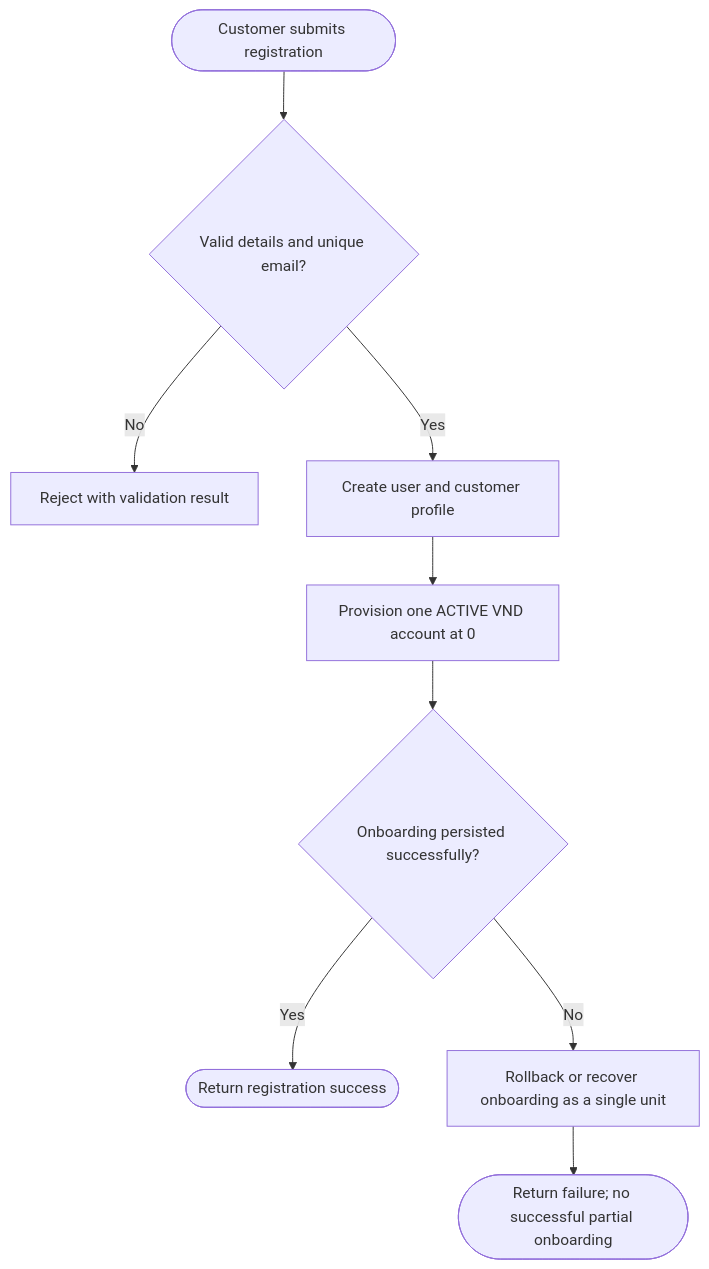
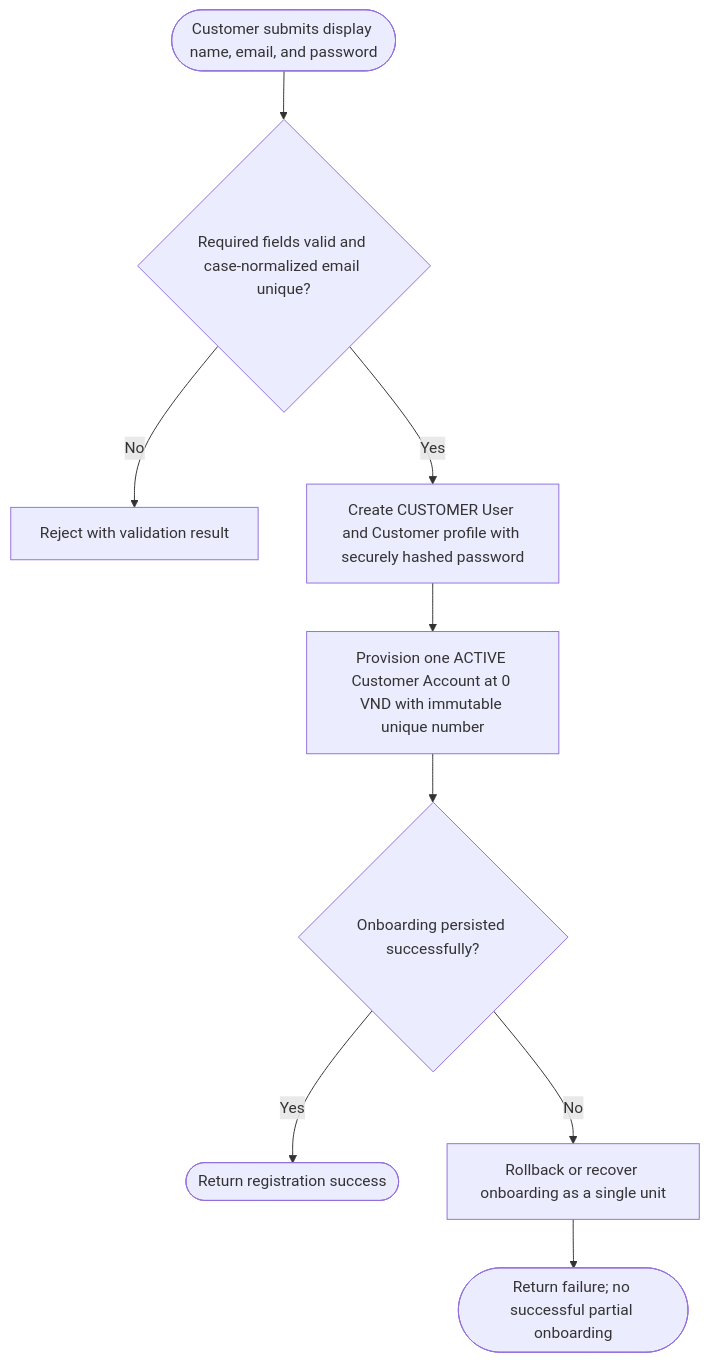
One commit to nvawntien/finfast changed the first of 6 diagrams in docs/05-business-processes.md. Above: the diagram before and after it, drawn with Mermaid. The commit also changed other lines of this file and 7 other files, not shown here.

````diff
--- a/docs/05-business-processes.md
+++ b/docs/05-business-processes.md
@@ -16,11 +16,11 @@
 ```mermaid
 flowchart TD
-    S([Customer submits registration]) --> V{Valid details and unique email?}
+    S([Customer submits display name, email, and password]) --> V{Required fields valid and case-normalized email unique?}
     V -- No --> R[Reject with validation result]
-    V -- Yes --> U[Create user and customer profile]
-    U --> A[Provision one ACTIVE VND account at 0]
+    V -- Yes --> U[Create CUSTOMER User and Customer profile with securely hashed password]
+    U --> A[Provision one ACTIVE Customer Account at 0 VND with immutable unique number]
     A --> C{Onboarding persisted successfully?}
     C -- Yes --> OK([Return registration success])
     C -- No --> X[Rollback or recover onboarding as a single unit]
     X --> FAIL([Return failure; no successful partial onboarding])
 ```
````
